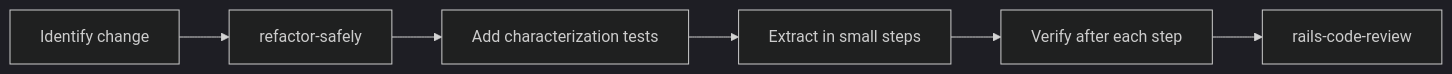
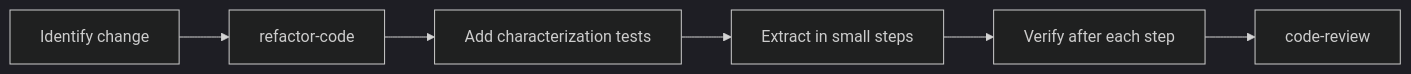
Before and after one commit to igmarin/my-RoR-personal-skills: diagram 17 of 17 in docs/workflow-guide.md, drawn with Mermaid (dark theme). The commit also changed other lines of this file and 295 other files, not shown here.

First line of the commit message:
Refactor names flows (#57)

````diff
--- a/docs/workflow-guide.md
+++ b/docs/workflow-guide.md
@@ -697,8 +697,8 @@
 ```mermaid
 flowchart LR
-    A[Identify change] --> B[refactor-safely]
+    A[Identify change] --> B[refactor-code]
     B --> C["Add characterization tests"]
     C --> D["Extract in small steps"]
     D --> E["Verify after each step"]
-    E --> F[rails-code-review]
+    E --> F[code-review]
 ```
````
